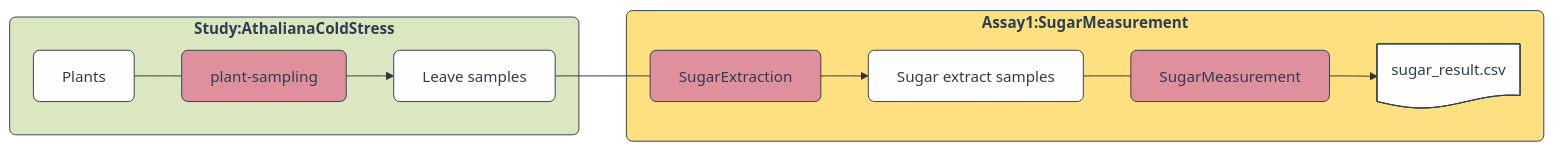
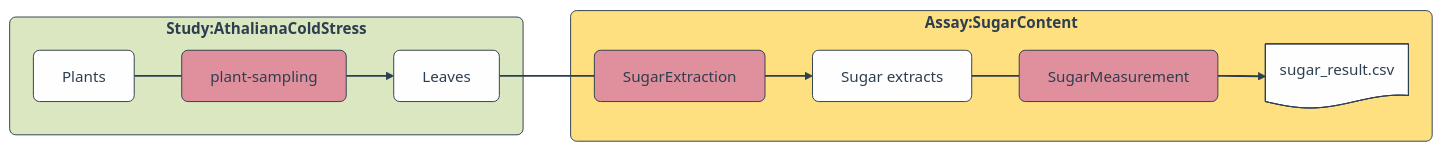
One commit to nfdi4plants/nfdi4plants.knowledgebase changed the first of 2 diagrams in src/content/docs/core-concepts/inputs-outputs.mdx. Above: the diagram before and after it, drawn with Mermaid. The commit also changed other lines of this file, not shown here.

````diff
--- a/src/content/docs/core-concepts/inputs-outputs.mdx
+++ b/src/content/docs/core-concepts/inputs-outputs.mdx
@@ -107,20 +129,23 @@
 ```mermaid
 flowchart LR
+linkStyle default stroke:#2d3e50,stroke-width:2px;
 classDef studyStyle fill:#dae7c1,rx:.4em,ry:.4em,color:#2d3e50,stroke:#2d3e50,font-weight:bold;
 classDef assayStyle fill:#ffe080,rx:.4em,ry:.4em,color:#2d3e50,stroke:#2d3e50,font-weight:bold;
 classDef processStyle fill:#E08F9C,rx:.4em,ry:.4em,color:#2d3e50,stroke:#2d3e50,font-weight:normal;
 classDef sampleStyle fill:#FEFEFE,rx:.4em,ry:.4em,color:#2d3e50,stroke:#2d3e50,font-weight:normal;
 classDef dataStyle fill:#FEFEFE,rx:.4em,ry:.4em,color:#2d3e50,stroke:#2d3e50,font-weight:normal;
-subgraph study1["Study:AthalianaColdStress"]
-    s1[Plants] ---p1[plant-sampling]--> s2[Leave samples]
+
+subgraph study1[Study:AthalianaColdStress]
+    s1[Plants] ---p1[plant-sampling]--> s2[Leaves]
 end
-subgraph assay1[Assay1:SugarMeasurement]
-    s2 ---p2[SugarExtraction]--> s3[Sugar extract samples]
+
+subgraph assay1[Assay:SugarContent]
+    s2 ---p2[SugarExtraction]--> s3[Sugar extracts]
     s3 ---p3[SugarMeasurement]--> d1@{ shape: doc, label: sugar_result.csv}
 end
 class study1 studyStyle;
 class assay1 assayStyle;
 class p1,p2,p3 processStyle;
 class s1,s2,s3 sampleStyle;
 class d1 dataStyle;
 ```
````
